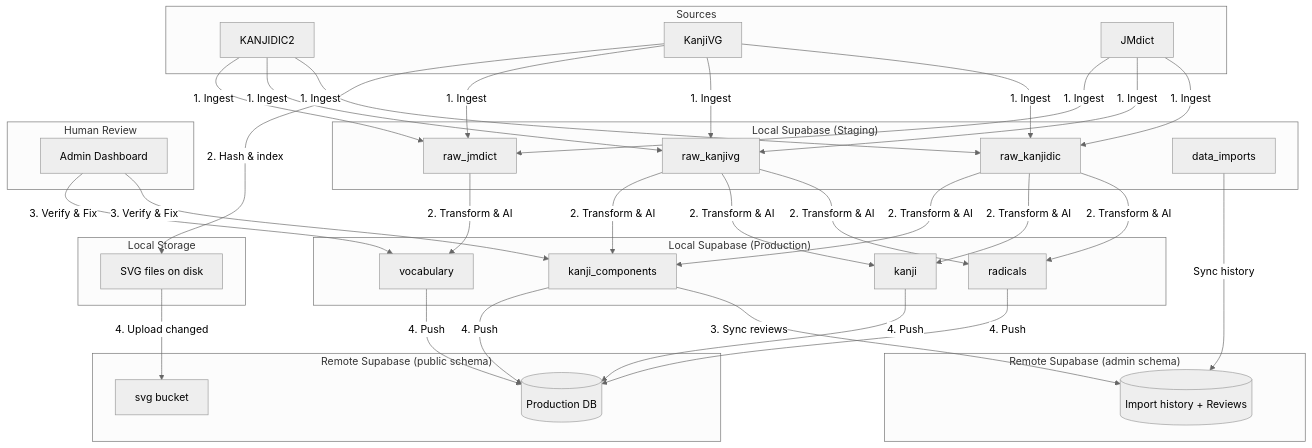
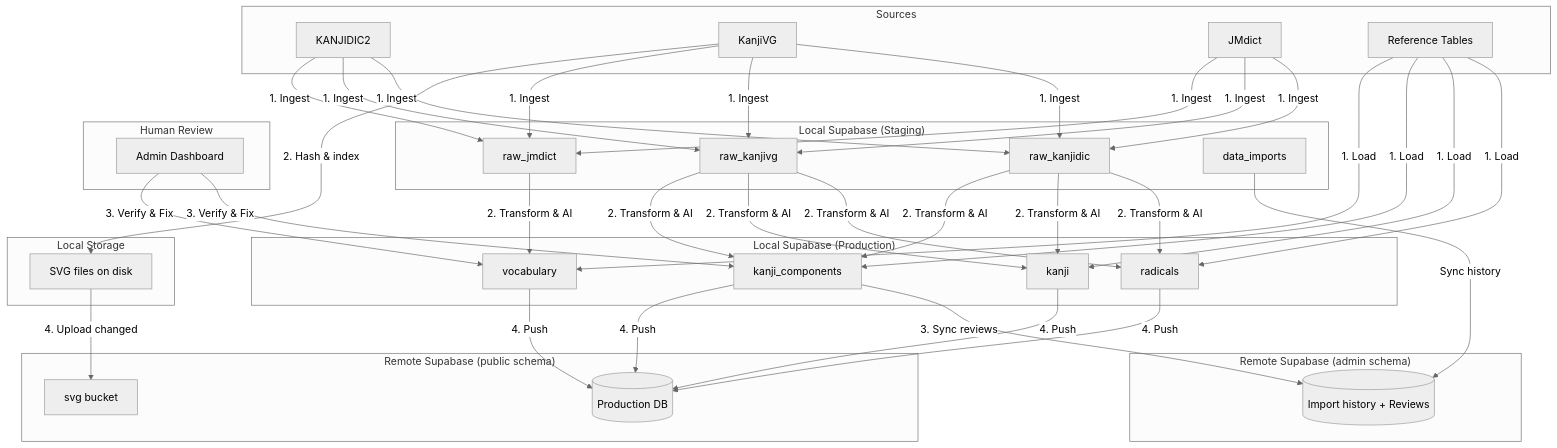
One commit to Va1erii/kanji_craft changed the diagram in docs/technical/pipeline.md. Above: the diagram before and after it, drawn with Mermaid (neutral theme). The commit also changed other lines of this file and 2 other files, not shown here.

````diff
--- a/docs/technical/pipeline.md
+++ b/docs/technical/pipeline.md
@@ -98,50 +126,52 @@
 ```mermaid
 graph TD
     subgraph Sources
         XML[KANJIDIC2]
         SVG[KanjiVG]
         JMD[JMdict]
+        REF[Reference Tables]
     end
 
     subgraph "Local Supabase (Staging)"
         RawK[raw_kanjidic]
         RawV[raw_kanjivg]
         RawJ[raw_jmdict]
         Imports[data_imports]
     end
 
     subgraph "Local Supabase (Production)"
         Rad[radicals]
         Kan[kanji]
         Comp[kanji_components]
         Vocab[vocabulary]
     end
 
     subgraph "Local Storage"
         LocalSVG[SVG files on disk]
     end
 
     subgraph "Human Review"
         Admin[Admin Dashboard]
     end
 
     subgraph "Remote Supabase (admin schema)"
         AdminDB[(Import history + Reviews)]
     end
 
     subgraph "Remote Supabase (public schema)"
         ProdDB[(Production DB)]
         Bucket[svg bucket]
     end
 
+    REF -->|"1. Load"| Rad & Kan & Comp & Vocab
     XML & SVG & JMD -->|"1. Ingest"| RawK & RawV & RawJ
     SVG -->|"2. Hash & index"| LocalSVG
     RawK & RawV -->|"2. Transform & AI"| Rad & Kan & Comp
     RawJ -->|"2. Transform & AI"| Vocab
     Admin -->|"3. Verify & Fix"| Comp
     Admin -->|"3. Verify & Fix"| Vocab
     Comp -->|"3. Sync reviews"| AdminDB
     Imports -->|"Sync history"| AdminDB
     Rad & Kan & Comp & Vocab -->|"4. Push"| ProdDB
     LocalSVG -->|"4. Upload changed"| Bucket
 ```
````
